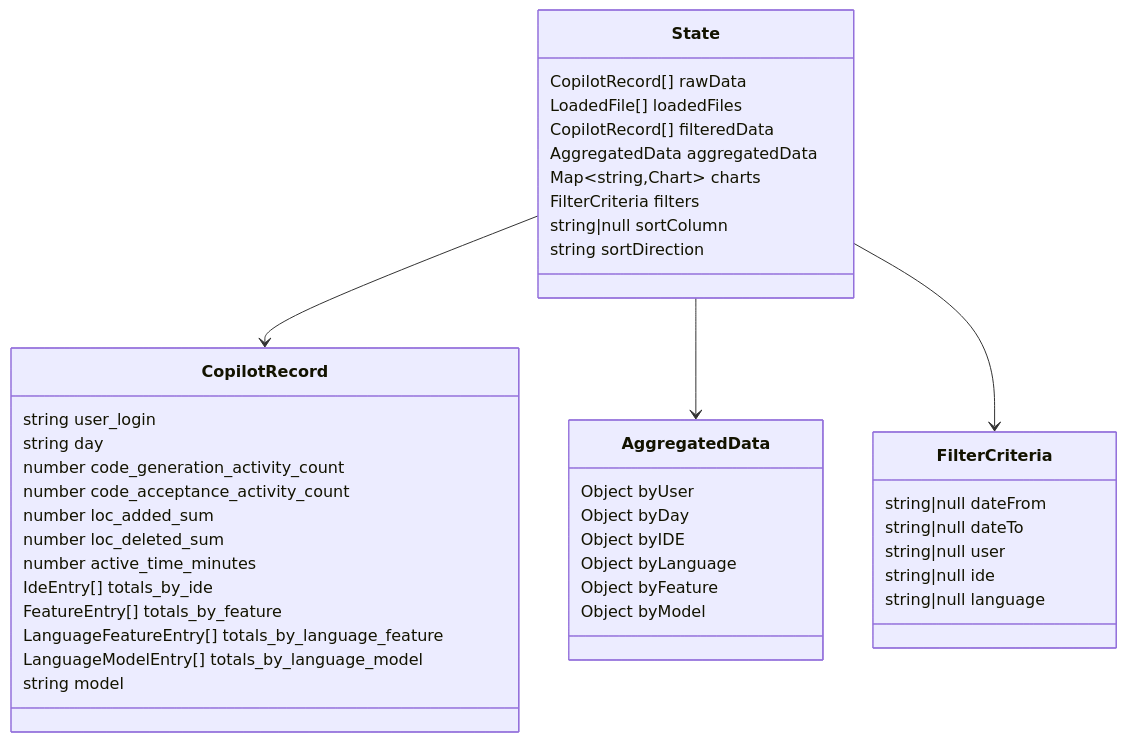
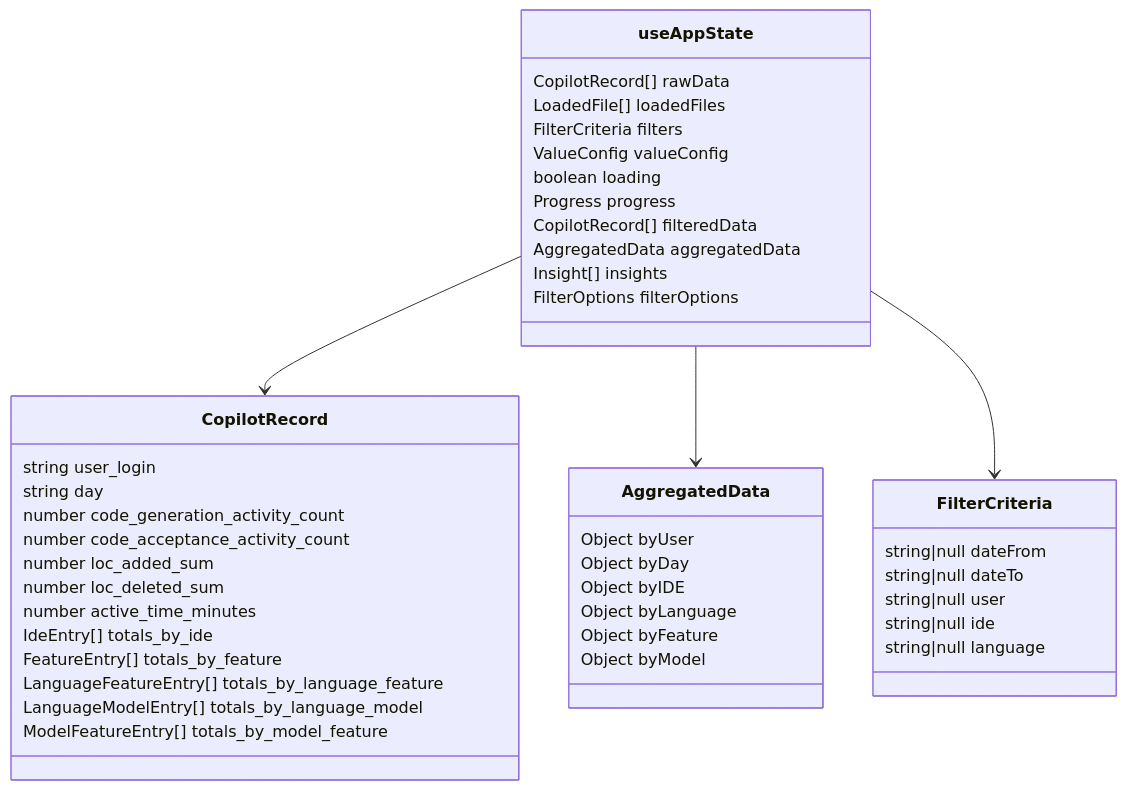
The fourth of 4 diagrams in docs/architecture.md (kinncj/GitHub-Copilot-Enterprise-Dashboard), drawn with Mermaid before and after one commit. The commit also changed other lines of this file and 54 other files, not shown here.

````diff
--- a/docs/architecture.md
+++ b/docs/architecture.md
@@ -103,49 +95,51 @@
 ```mermaid
 classDiagram
-    class State {
+    class useAppState {
         CopilotRecord[] rawData
         LoadedFile[] loadedFiles
+        FilterCriteria filters
+        ValueConfig valueConfig
+        boolean loading
+        Progress progress
         CopilotRecord[] filteredData
         AggregatedData aggregatedData
-        Map~string,Chart~ charts
-        FilterCriteria filters
-        string|null sortColumn
-        string sortDirection
+        Insight[] insights
+        FilterOptions filterOptions
     }
 
     class CopilotRecord {
         string user_login
         string day
         number code_generation_activity_count
         number code_acceptance_activity_count
         number loc_added_sum
         number loc_deleted_sum
         number active_time_minutes
         IdeEntry[] totals_by_ide
         FeatureEntry[] totals_by_feature
         LanguageFeatureEntry[] totals_by_language_feature
         LanguageModelEntry[] totals_by_language_model
-        string model
+        ModelFeatureEntry[] totals_by_model_feature
     }
 
     class AggregatedData {
         Object byUser
         Object byDay
         Object byIDE
         Object byLanguage
         Object byFeature
         Object byModel
     }
 
     class FilterCriteria {
         string|null dateFrom
         string|null dateTo
         string|null user
         string|null ide
         string|null language
     }
 
-    State --> CopilotRecord
-    State --> AggregatedData
-    State --> FilterCriteria
+    useAppState --> CopilotRecord
+    useAppState --> AggregatedData
+    useAppState --> FilterCriteria
 ```
````
